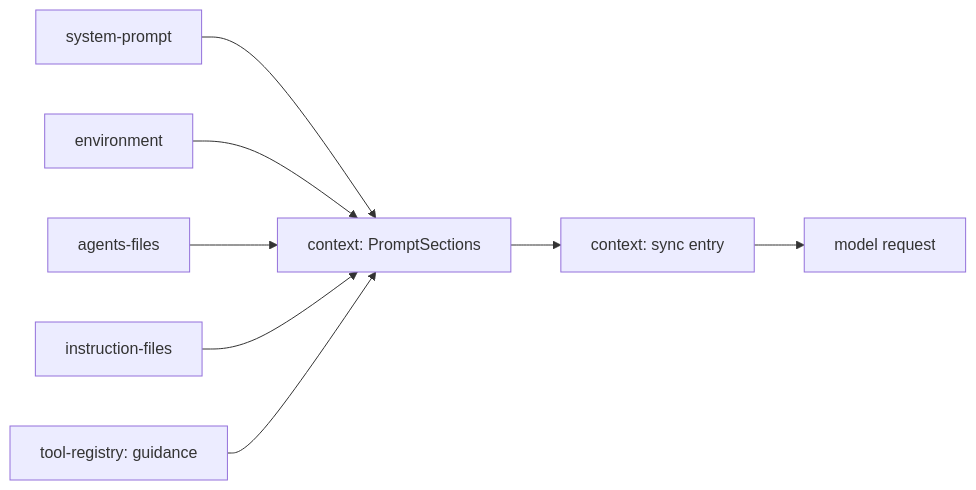
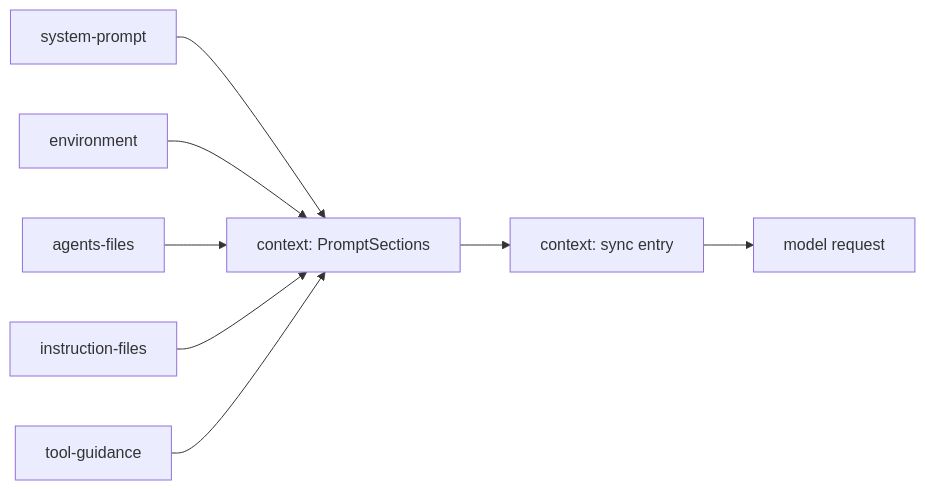
Before and after one commit to shanepadgett/liminal: the diagram in docs/plans/instructions.md, drawn with Mermaid. The commit also changed other lines of this file and 68 other files, not shown here.

````diff
--- a/docs/plans/instructions.md
+++ b/docs/plans/instructions.md
@@ -21,10 +21,10 @@
 ```mermaid
 flowchart LR
   sp["system-prompt"] --> ps["context: PromptSections"]
   env["environment"] --> ps
   ag["agents-files"] --> ps
   inf["instruction-files"] --> ps
-  tr["tool-registry: guidance"] --> ps
+  tg["tool-guidance"] --> ps
   ps --> sync["context: sync entry"]
   sync --> req["model request"]
 ```
````
